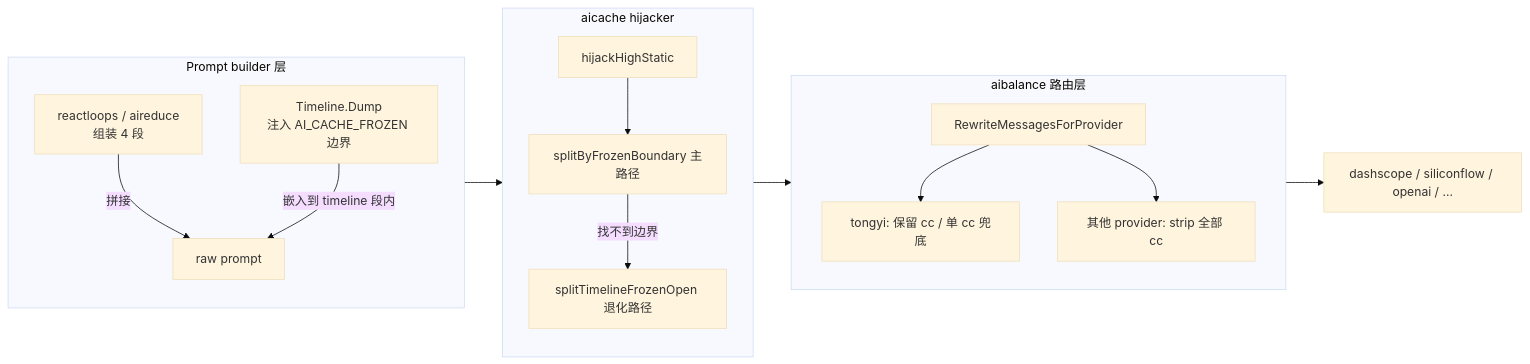
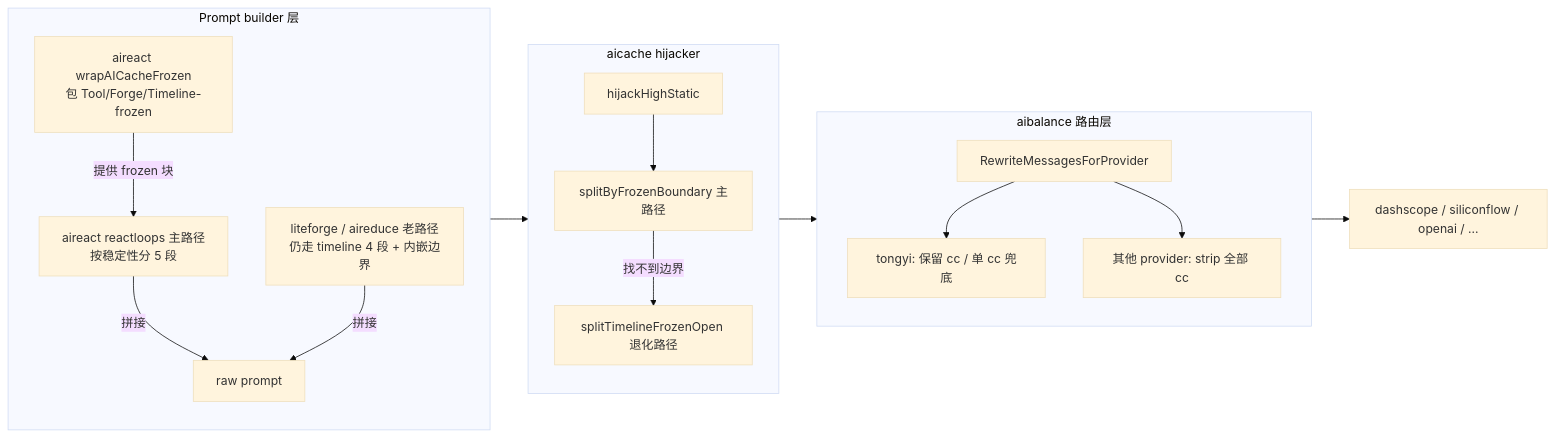
One commit to yaklang/yaklang changed the diagram in common/ai/aid/aicache/CACHE_BOUNDARY_GUIDE.md. Above: the diagram before and after it, drawn with Mermaid (base theme). The commit also changed other lines of this file and 17 other files, not shown here.

````diff
--- a/common/ai/aid/aicache/CACHE_BOUNDARY_GUIDE.md
+++ b/common/ai/aid/aicache/CACHE_BOUNDARY_GUIDE.md
@@ -46,24 +51,26 @@
 ```mermaid
 flowchart LR
     subgraph layerA[Prompt builder 层]
-        a1["reactloops / aireduce<br/>组装 4 段"]
-        a2["Timeline.Dump<br/>注入 AI_CACHE_FROZEN 边界"]
-        a1 -- "拼接" --> a3["raw prompt"]
-        a2 -- "嵌入到 timeline 段内" --> a3
+        a1["aireact reactloops 主路径<br/>按稳定性分 5 段"]
+        a2["aireact wrapAICacheFrozen<br/>包 Tool/Forge/Timeline-frozen"]
+        a3["liteforge / aireduce 老路径<br/>仍走 timeline 4 段 + 内嵌边界"]
+        a1 -- "拼接" --> raw["raw prompt"]
+        a2 -- "提供 frozen 块" --> a1
+        a3 -- "拼接" --> raw
     end
     subgraph layerB[aicache hijacker]
         b1["hijackHighStatic"]
         b2["splitByFrozenBoundary 主路径"]
         b3["splitTimelineFrozenOpen 退化路径"]
         b1 --> b2
         b2 -- "找不到边界" --> b3
     end
     subgraph layerC[aibalance 路由层]
         c1["RewriteMessagesForProvider"]
         c2["tongyi: 保留 cc / 单 cc 兜底"]
         c3["其他 provider: strip 全部 cc"]
         c1 --> c2
         c1 --> c3
     end
     layerA --> layerB --> layerC --> upstream["dashscope / siliconflow / openai / ..."]
 ```
````
